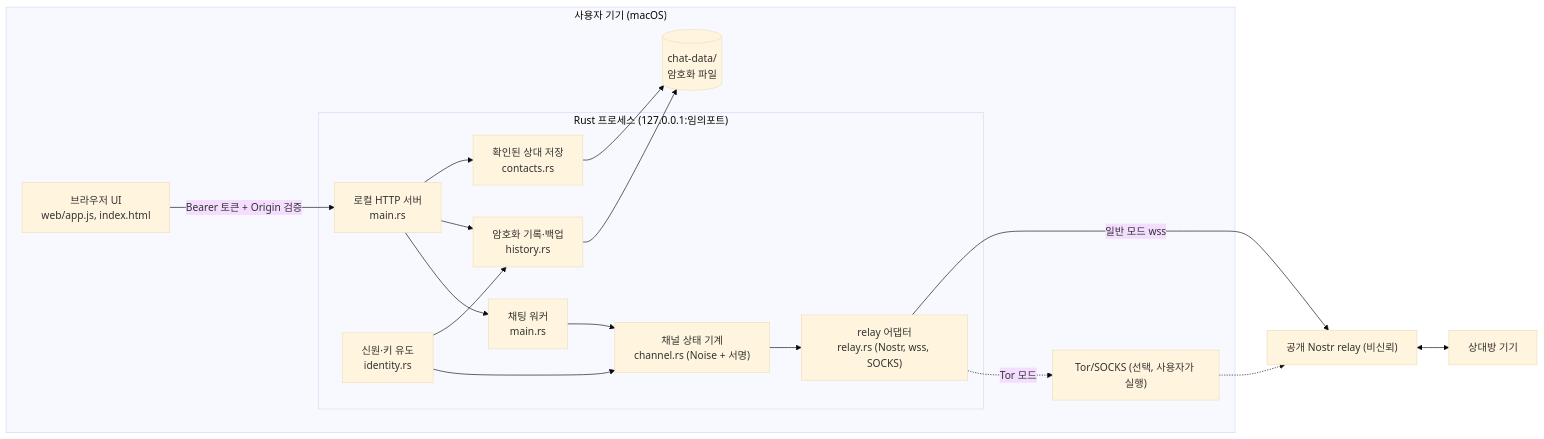
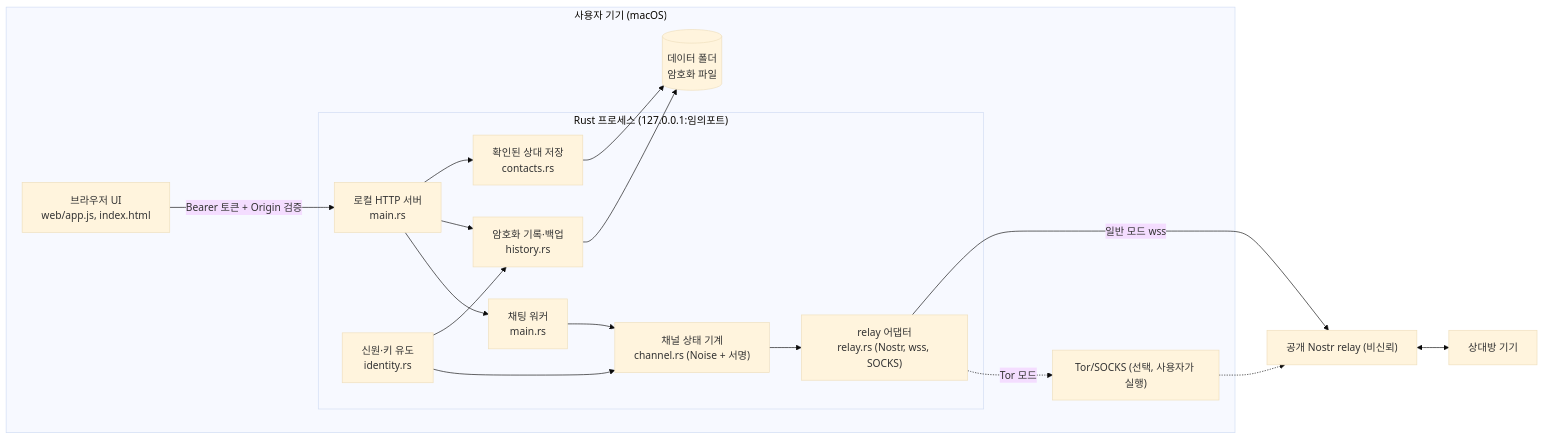
The first of 3 diagrams in docs/architecture.md (answndud/another-dimension-v2), drawn with Mermaid (base theme) before and after one commit. The commit also changed other lines of this file and 3 other files, not shown here.

````diff
--- a/docs/architecture.md
+++ b/docs/architecture.md
@@ -7,31 +7,31 @@
 ```mermaid
 flowchart LR
     subgraph Device["사용자 기기 (macOS)"]
         UI["브라우저 UI<br/>web/app.js, index.html"]
         subgraph Rust["Rust 프로세스 (127.0.0.1:임의포트)"]
             HTTP["로컬 HTTP 서버<br/>main.rs"]
             WORKER["채팅 워커<br/>main.rs"]
             CH["채널 상태 기계<br/>channel.rs (Noise + 서명)"]
             RELAY["relay 어댑터<br/>relay.rs (Nostr, wss, SOCKS)"]
             HIST["암호화 기록·백업<br/>history.rs"]
             CON["확인된 상대 저장<br/>contacts.rs"]
             ID["신원·키 유도<br/>identity.rs"]
         end
-        DISK[("chat-data/<br/>암호화 파일")]
+        DISK[("데이터 폴더<br/>암호화 파일")]
         TOR["Tor/SOCKS (선택, 사용자가 실행)"]
     end
     REL["공개 Nostr relay (비신뢰)"]
     PEER["상대방 기기"]
 
     UI -- "Bearer 토큰 + Origin 검증" --> HTTP
     HTTP --> WORKER --> CH --> RELAY
     HTTP --> HIST
     HTTP --> CON
     ID --> CH
     ID --> HIST
     HIST --> DISK
     CON --> DISK
     RELAY -. "Tor 모드" .-> TOR -.-> REL
     RELAY -- "일반 모드 wss" --> REL
     REL <--> PEER
 ```
````
